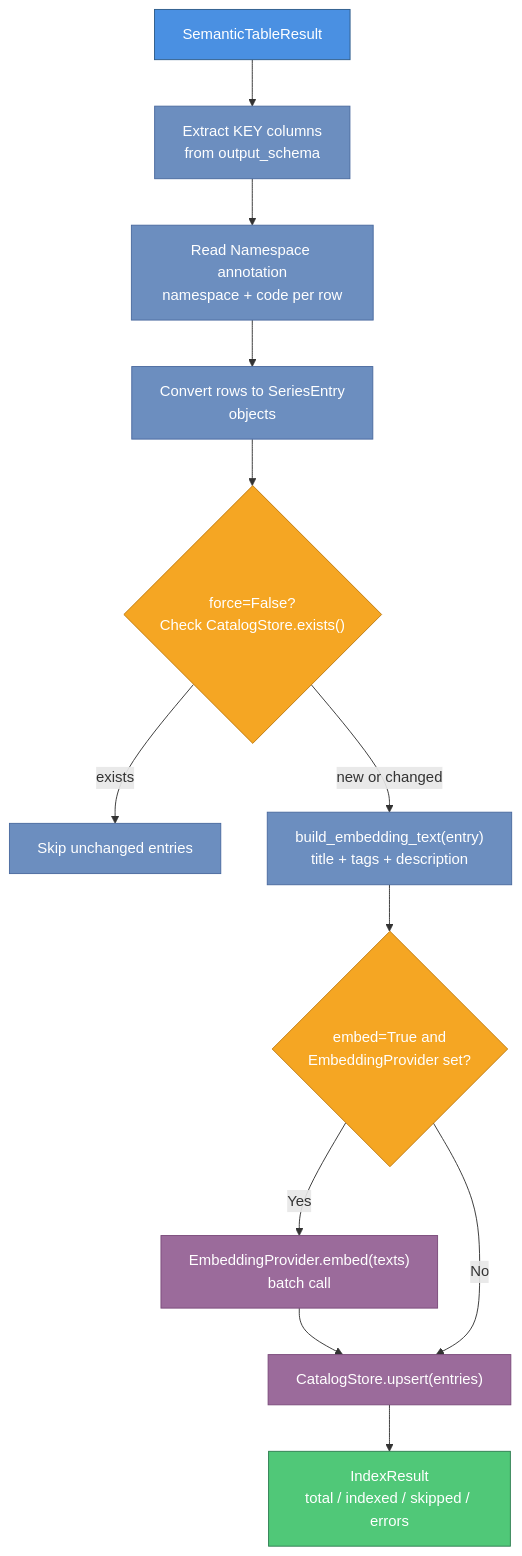
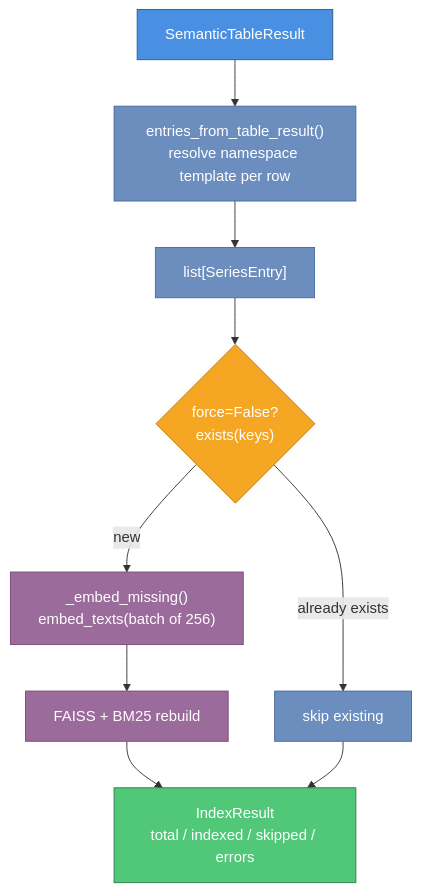
Before and after one commit to ockham-sh/parsimony: the third of 3 diagrams in docs/architecture.md, drawn with Mermaid. The commit also changed other lines of this file and 12 other files, not shown here.

````diff
--- a/docs/architecture.md
+++ b/docs/architecture.md
@@ -568,28 +537,22 @@
 ```mermaid
 graph TD
     classDef input fill:#4A90E2,stroke:#2E5C8A,color:#fff
     classDef pipeline fill:#6C8EBF,stroke:#4A6A9F,color:#fff
     classDef store fill:#9B6B9B,stroke:#7A4A7A,color:#fff
     classDef output fill:#50C878,stroke:#2E7D50,color:#fff
     classDef decision fill:#F5A623,stroke:#C07B10,color:#fff
 
     A["SemanticTableResult"]:::input
-    B["Extract KEY columns\nfrom output_schema"]:::pipeline
-    C["Read Namespace annotation\nnamespace + code per row"]:::pipeline
-    D["Convert rows to SeriesEntry\nobjects"]:::pipeline
-    E{"force=False?\nCheck CatalogStore.exists()"}:::decision
-    F["Skip unchanged entries"]:::pipeline
-    G["build_embedding_text(entry)\ntitle + tags + description"]:::pipeline
-    H{"embed=True and\nEmbeddingProvider set?"}:::decision
-    I["EmbeddingProvider.embed(texts)\nbatch call"]:::store
-    J["CatalogStore.upsert(entries)"]:::store
-    K["IndexResult\ntotal / indexed / skipped / errors"]:::output
+    B["entries_from_table_result()\nresolve namespace template per row"]:::pipeline
+    C["list[SeriesEntry]"]:::pipeline
+    D{"force=False?\nexists(keys)"}:::decision
+    E["skip existing"]:::pipeline
+    F["_embed_missing()\nembed_texts(batch of 256)"]:::store
+    G["FAISS + BM25 rebuild"]:::store
+    H["IndexResult\ntotal / indexed / skipped / errors"]:::output
 
-    A --> B --> C --> D --> E
-    E -->|"exists"| F
-    E -->|"new or changed"| G
-    G --> H
-    H -->|"Yes"| I --> J
-    H -->|"No"| J
-    J --> K
+    A --> B --> C --> D
+    D -->|"already exists"| E
+    D -->|"new"| F --> G --> H
+    E --> H
 ```
````
